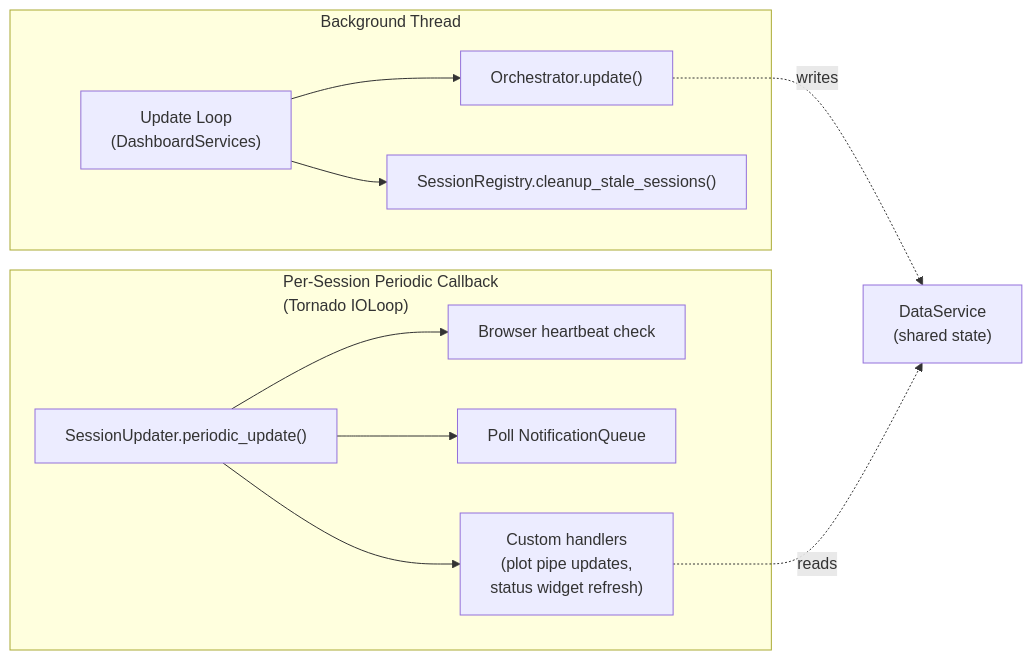
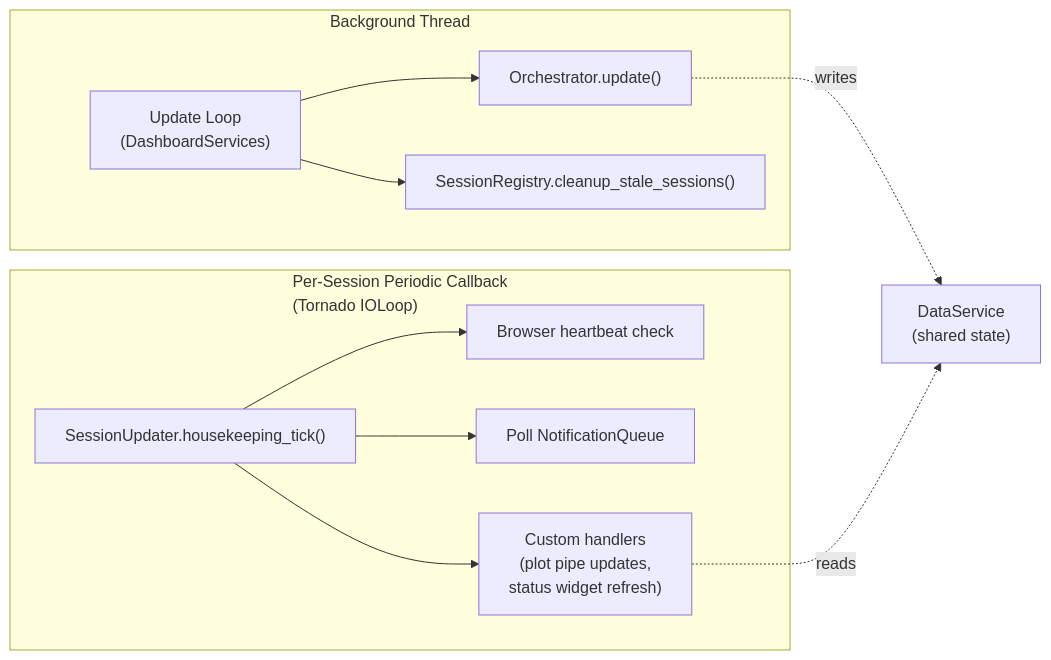
The sixth of 7 diagrams in docs/developer/design/dashboard-architecture.md (scipp/esslivedata), drawn with Mermaid before and after one commit. The commit also changed 3 other files, not shown here.

First line of the commit message:
Rename periodic_update to housekeeping_tick and state the gated tier's purpose

````diff
--- a/docs/developer/design/dashboard-architecture.md
+++ b/docs/developer/design/dashboard-architecture.md
@@ -201,18 +201,18 @@
 ```mermaid
 flowchart LR
     subgraph "Background Thread"
         UL["Update Loop<br>(DashboardServices)"]
         UL --> O["Orchestrator.update()"]
         UL --> SC["SessionRegistry.cleanup_stale_sessions()"]
     end
 
     subgraph "Per-Session Periodic Callback<br>(Tornado IOLoop)"
-        SU["SessionUpdater.periodic_update()"]
+        SU["SessionUpdater.housekeeping_tick()"]
         SU --> HB["Browser heartbeat check"]
         SU --> NQ["Poll NotificationQueue"]
         SU --> CH["Custom handlers<br>(plot pipe updates,<br>status widget refresh)"]
     end
 
     O -.->|writes| DS["DataService<br>(shared state)"]
     CH -.->|reads| DS
 ```
````
